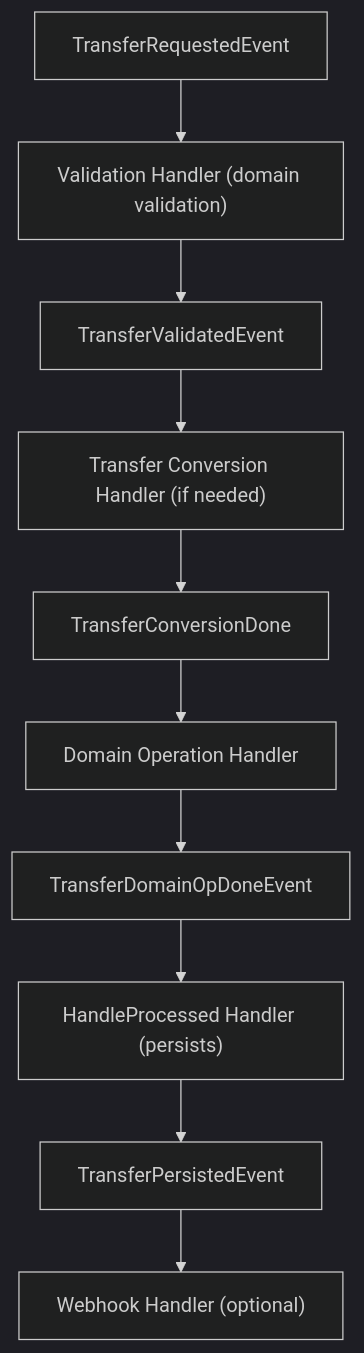
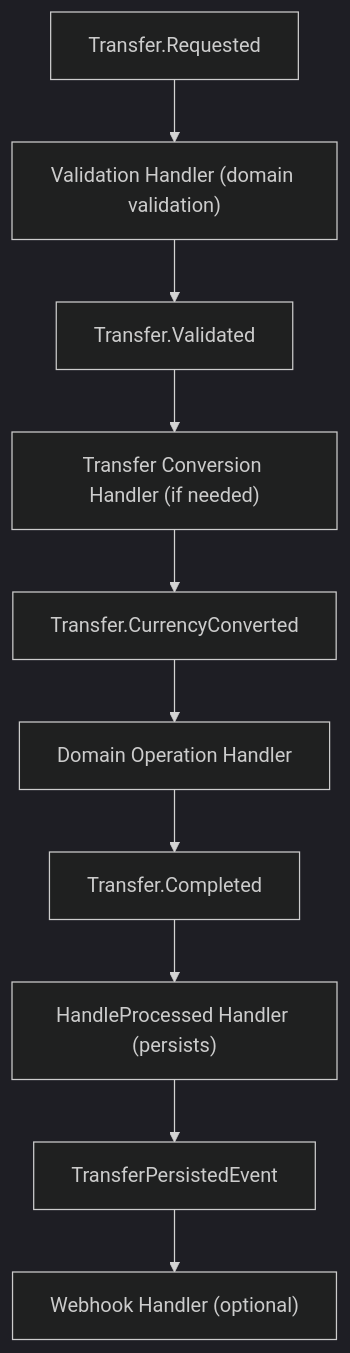
One commit to amirasaad/fintech changed the second of 2 diagrams in docs/refactoring/event-driven-transfer-flow.md. Above: the diagram before and after it, drawn with Mermaid (dark theme). The commit also changed other lines of this file and 11 other files, not shown here.

````diff
--- a/docs/refactoring/event-driven-transfer-flow.md
+++ b/docs/refactoring/event-driven-transfer-flow.md
@@ -76,12 +76,12 @@
 ```mermaid
 flowchart TD
-    A["TransferRequestedEvent"] --> B["Validation Handler (domain validation)"]
-    B --> C["TransferValidatedEvent"]
+    A["Transfer.Requested"] --> B["Validation Handler (domain validation)"]
+    B --> C["Transfer.Validated"]
     C --> D["Transfer Conversion Handler (if needed)"]
-    D --> E["TransferConversionDone"]
+    D --> E["Transfer.CurrencyConverted"]
     E --> F["Domain Operation Handler"]
-    F --> G["TransferDomainOpDoneEvent"]
+    F --> G["Transfer.Completed"]
     G --> H["HandleProcessed Handler (persists)"]
     H --> I["TransferPersistedEvent"]
     I --> J["Webhook Handler (optional)"]
 ```
````
